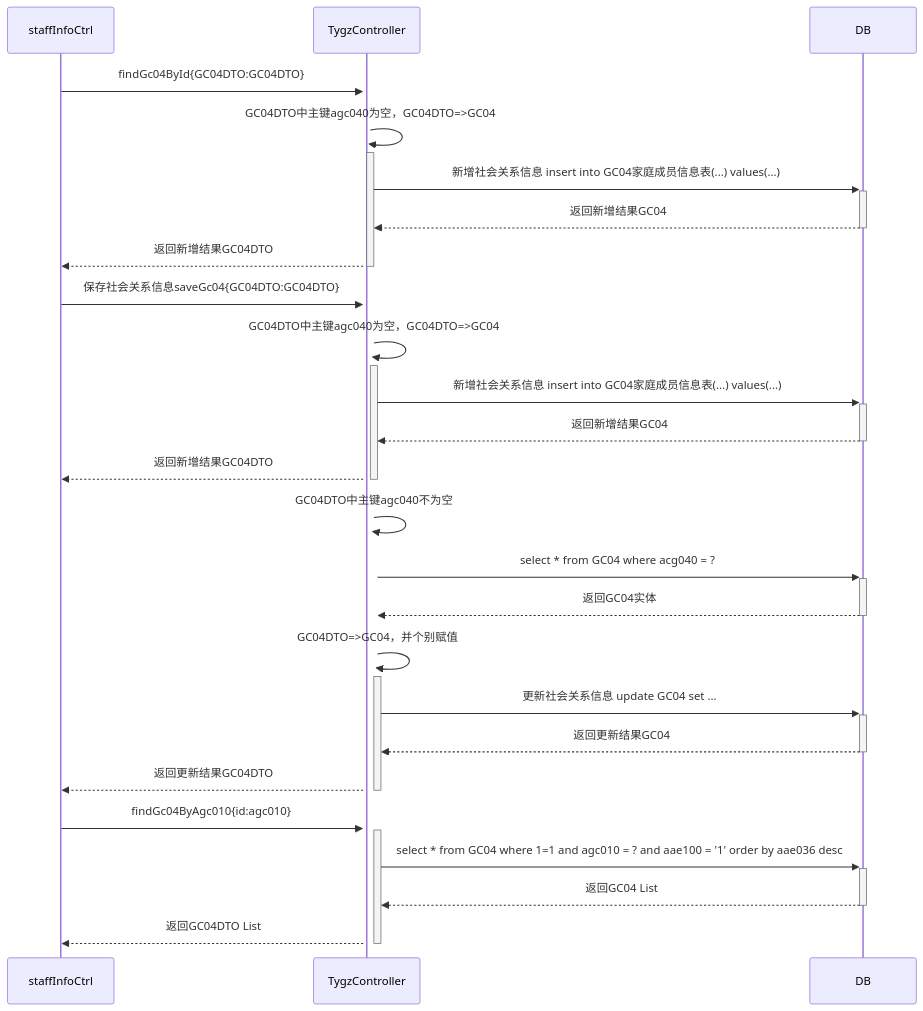
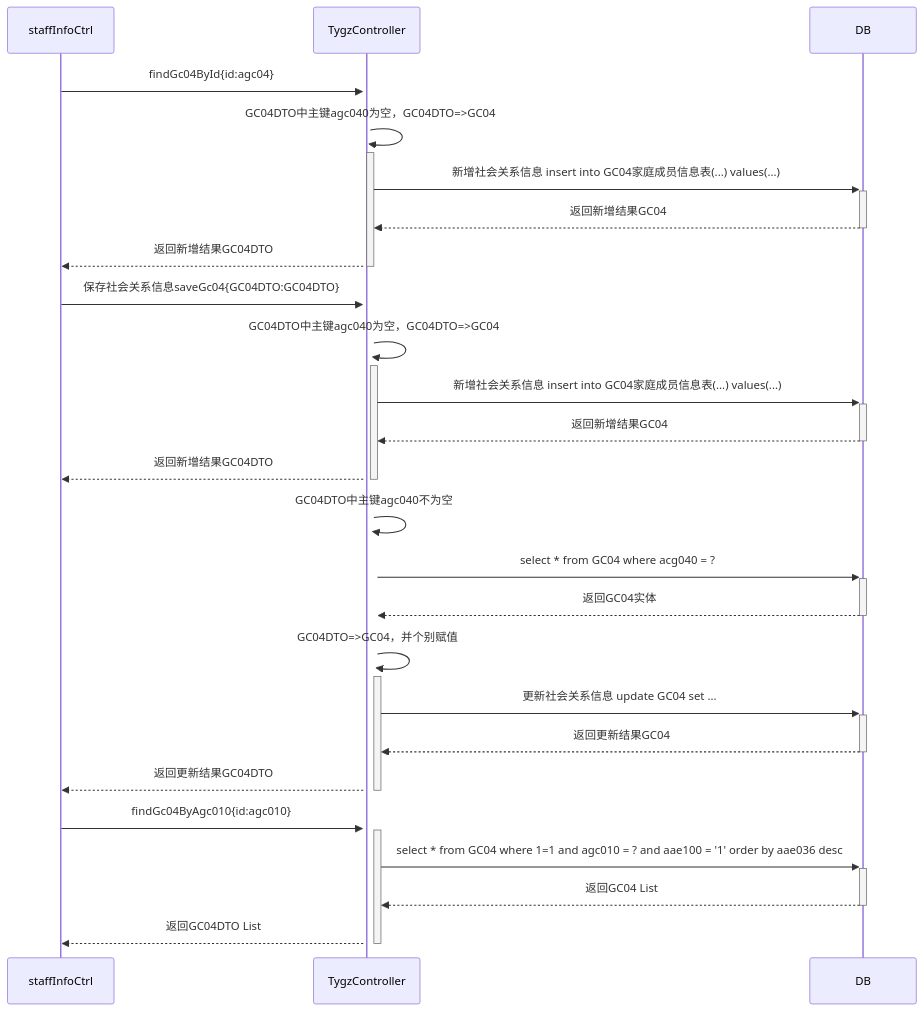
Before and after one commit to ZhangJianBeiJing/iodraw-files: the diagram in all/未命名.md, drawn with Mermaid.

Commit message:
2025-03-25 17:39:12 update

````diff
--- a/all/未命名.md
+++ b/all/未命名.md
@@ -1,26 +1,26 @@
 ```mermaid
 sequenceDiagram
-    staffInfoCtrl->>+TygzController:findGc04ById{GC04DTO:GC04DTO}
+    staffInfoCtrl->>+TygzController:findGc04ById{id:agc04}
     TygzController->>+TygzController:GC04DTO中主键agc040为空，GC04DTO=>GC04
     TygzController->>+DB:新增社会关系信息 insert into GC04家庭成员信息表(...) values(...)
     DB-->>-TygzController:返回新增结果GC04
     TygzController-->>-staffInfoCtrl:返回新增结果GC04DTO
 
     staffInfoCtrl->>+TygzController:保存社会关系信息saveGc04{GC04DTO:GC04DTO}
     TygzController->>+TygzController:GC04DTO中主键agc040为空，GC04DTO=>GC04
     TygzController->>+DB:新增社会关系信息 insert into GC04家庭成员信息表(...) values(...)
     DB-->>-TygzController:返回新增结果GC04
     TygzController-->>-staffInfoCtrl:返回新增结果GC04DTO
     TygzController->>+TygzController:GC04DTO中主键agc040不为空
     TygzController->>+DB:select * from GC04 where acg040 = ?
     DB-->>-TygzController:返回GC04实体
     TygzController->>+TygzController:GC04DTO=>GC04，并个别赋值
     TygzController->>+DB:更新社会关系信息 update GC04 set ...
     DB-->>-TygzController:返回更新结果GC04
     TygzController-->>-staffInfoCtrl:返回更新结果GC04DTO
 
     staffInfoCtrl->>+TygzController:findGc04ByAgc010{id:agc010}
     TygzController->>+DB:select * from GC04 where 1=1 and agc010 = ? and aae100 = '1' order by aae036 desc
     DB-->>-TygzController:返回GC04 List
     TygzController-->>-staffInfoCtrl:返回GC04DTO List
 ```
````
